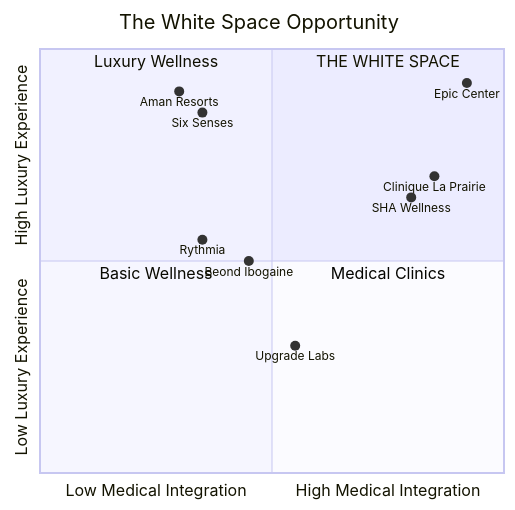
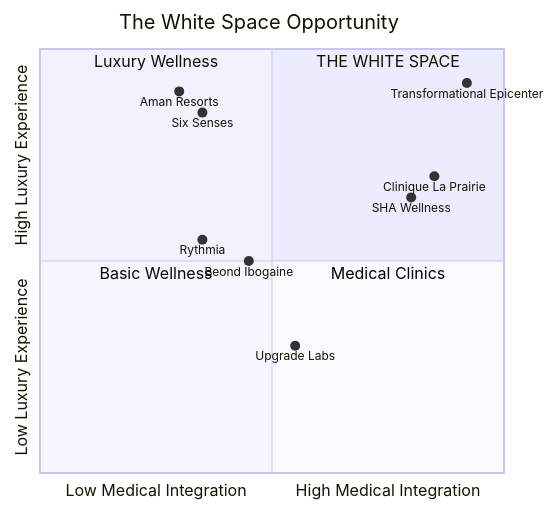
The first of 18 diagrams in docs/strategy/MARKET_STRATEGY_PLAN.md (Light-Brands/epic-center), drawn with Mermaid before and after one commit. The commit also changed other lines of this file and 1 other file, not shown here.

First line of the commit message:
refactor: Rename Epic Center to Transformational Epicenter

````diff
--- a/docs/strategy/MARKET_STRATEGY_PLAN.md
+++ b/docs/strategy/MARKET_STRATEGY_PLAN.md
@@ -13,18 +13,18 @@
 ```mermaid
 quadrantChart
     title The White Space Opportunity
     x-axis Low Medical Integration --> High Medical Integration
     y-axis Low Luxury Experience --> High Luxury Experience
     quadrant-1 THE WHITE SPACE
     quadrant-2 Luxury Wellness
     quadrant-3 Basic Wellness
     quadrant-4 Medical Clinics
-    Epic Center: [0.92, 0.92]
+    Transformational Epicenter: [0.92, 0.92]
     Clinique La Prairie: [0.85, 0.70]
     SHA Wellness: [0.80, 0.65]
     Aman Resorts: [0.30, 0.90]
     Six Senses: [0.35, 0.85]
     Beond Ibogaine: [0.45, 0.50]
     Rythmia: [0.35, 0.55]
     Upgrade Labs: [0.55, 0.30]
 ```
````
